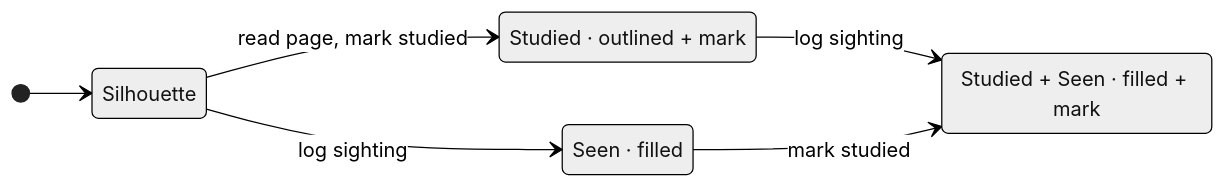
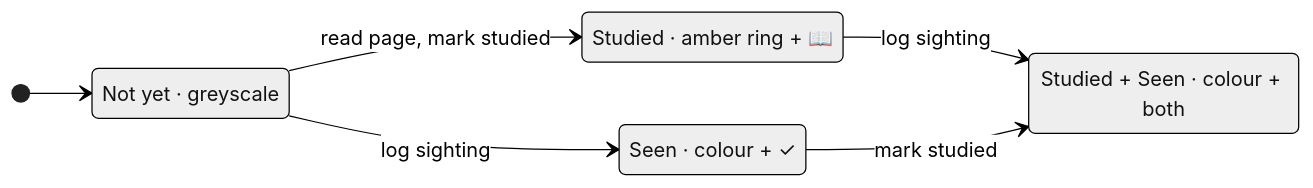
One commit to Standkreis/standkreis-dex changed the second of 3 diagrams in docs/specs/0001-standkreis-dex-the-first-walk.md. Above: the diagram before and after it, drawn with Mermaid (neutral theme). The commit also changed other lines of this file and 14 other files, not shown here.

````diff
--- a/docs/specs/0001-standkreis-dex-the-first-walk.md
+++ b/docs/specs/0001-standkreis-dex-the-first-walk.md
@@ -63,13 +63,13 @@
 ```mermaid
 stateDiagram-v2
     direction LR
     [*] --> Silhouette
     Silhouette --> Studied : read page, mark studied
     Silhouette --> Seen : log sighting
     Studied --> StudiedAndSeen : log sighting
     Seen --> StudiedAndSeen : mark studied
-    state "Silhouette" as Silhouette
-    state "Studied · outlined + mark" as Studied
-    state "Seen · filled" as Seen
-    state "Studied + Seen · filled + mark" as StudiedAndSeen
+    state "Not yet · greyscale" as Silhouette
+    state "Studied · amber ring + 📖" as Studied
+    state "Seen · colour + ✓" as Seen
+    state "Studied + Seen · colour + both" as StudiedAndSeen
 ```
````
